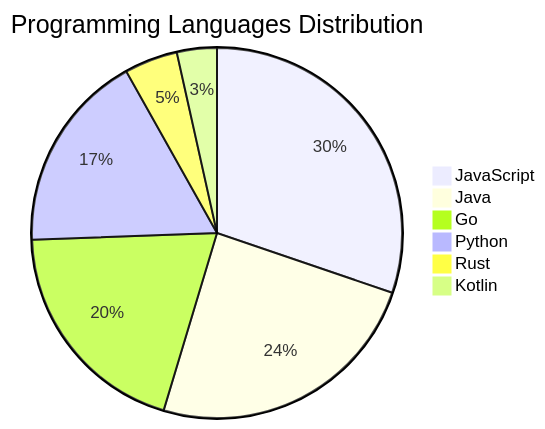
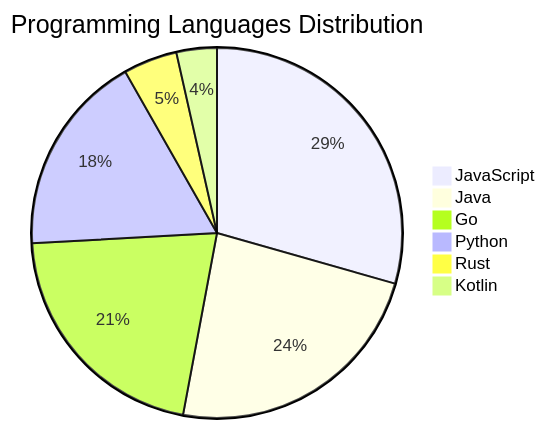
One commit to Derrick-MUGISHA/github-activity-bot changed the diagram in README.md. Above: the diagram before and after it, drawn with Mermaid. The commit also changed other lines of this file and 3 other files, not shown here.

````diff
--- a/README.md
+++ b/README.md
@@ -72,9 +72,9 @@
 ```mermaid
 pie title Programming Languages Distribution
-    "JavaScript" : 26
-    "Java" : 21
-    "Go" : 17
+    "JavaScript" : 25
+    "Java" : 20
+    "Go" : 18
     "Python" : 15
     "Rust" : 4
     "Kotlin" : 3
 ```
````
